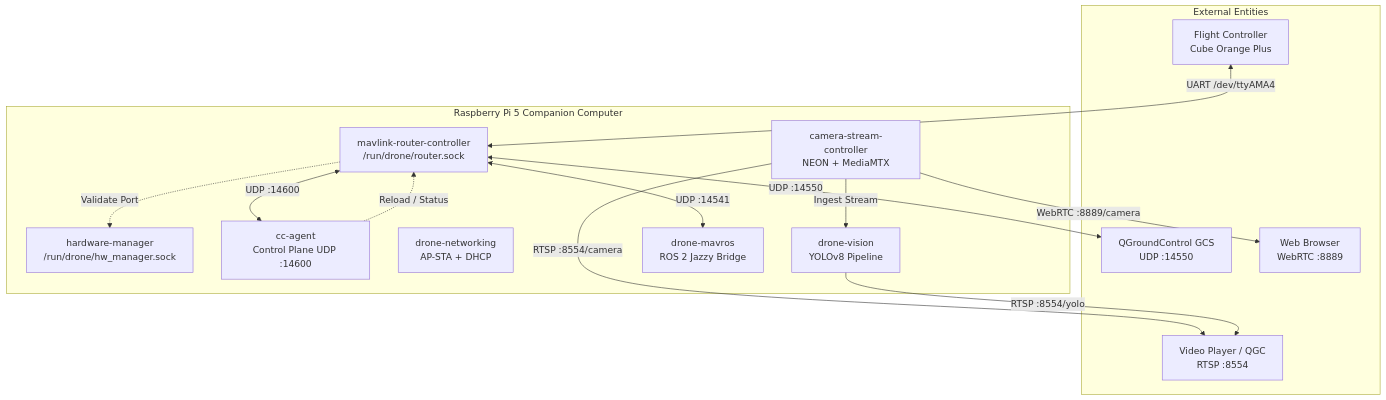
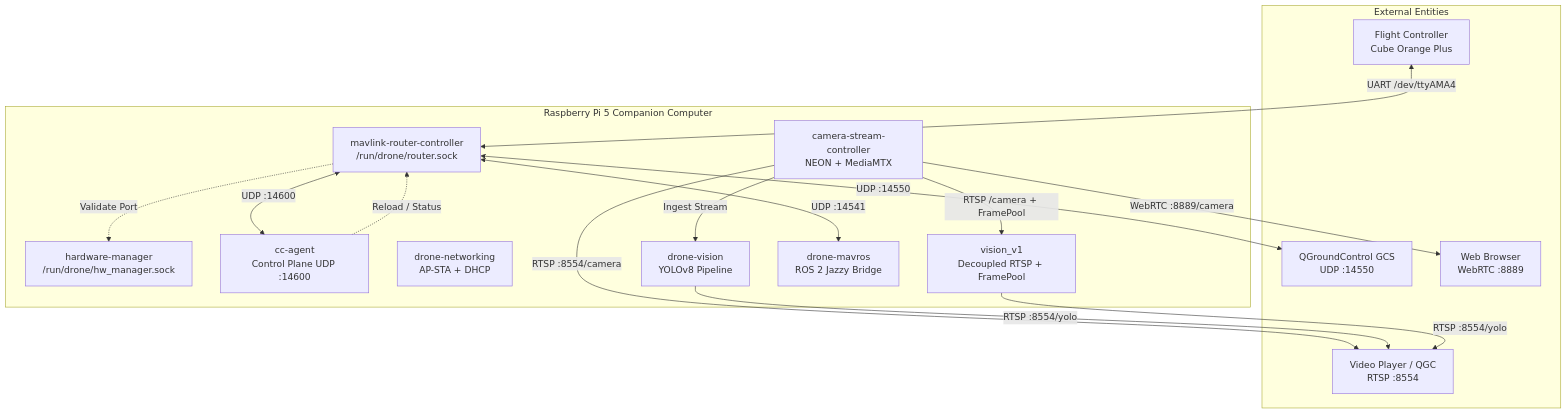
One commit to ThongTruong24/THACO_DRONE_CompanionComputer changed the diagram in README.md. Above: the diagram before and after it, drawn with Mermaid. The commit also changed other lines of this file and 42 other files, not shown here.

First line of the commit message:
Implement vision pipeline with RTSP source and GStreamer publisher

````diff
--- a/README.md
+++ b/README.md
@@ -47,30 +48,33 @@
 ```mermaid
 graph TD
     subgraph "External Entities"
         FC[Flight Controller<br/>Cube Orange Plus]
         GCS[QGroundControl GCS<br/>UDP :14550]
         Web[Web Browser<br/>WebRTC :8889]
         VLC[Video Player / QGC<br/>RTSP :8554]
     end
 
     subgraph "Raspberry Pi 5 Companion Computer"
         HWMgr[hardware-manager<br/>/run/drone/hw_manager.sock]
         Router[mavlink-router-controller<br/>/run/drone/router.sock]
         CCAgent[cc-agent<br/>Control Plane UDP :14600]
         Cam[camera-stream-controller<br/>NEON + MediaMTX]
         Net[drone-networking<br/>AP-STA + DHCP]
         Vision[drone-vision<br/>YOLOv8 Pipeline]
+        VisionV1[vision_v1<br/>Decoupled RTSP + FramePool]
         Mavros[drone-mavros<br/>ROS 2 Jazzy Bridge]
     end
 
     FC <-->|UART /dev/ttyAMA4| Router
     Router <-->|UDP :14550| GCS
     Router <-->|UDP :14600| CCAgent
     Router <-->|UDP :14541| Mavros
     Router -.->|Validate Port| HWMgr
     CCAgent -.->|Reload / Status| Router
     Cam -->|RTSP :8554/camera| VLC
     Cam -->|WebRTC :8889/camera| Web
     Cam -->|Ingest Stream| Vision
     Vision -->|RTSP :8554/yolo| VLC
+    Cam -->|RTSP /camera + FramePool| VisionV1
+    VisionV1 -->|RTSP :8554/yolo| VLC
 ```
````
